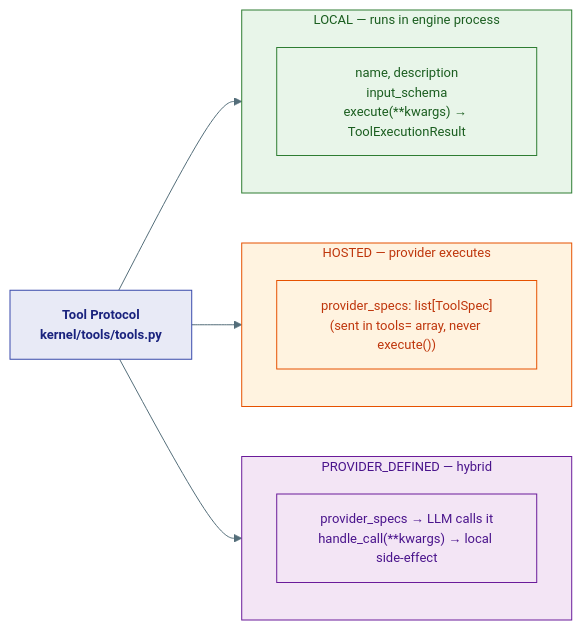
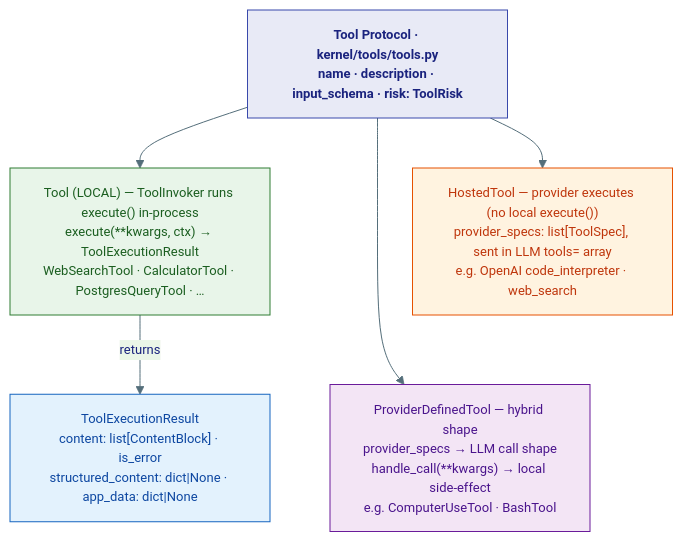
One commit to Ravikumarchavva/agent-substrate changed the first of 2 diagrams in agents/agent-substrate/docs/capabilities/01-tools.md. Above: the diagram before and after it, drawn with Mermaid. The commit also changed other lines of this file and 10 other files, not shown here.

First line of the commit message:
Refactor documentation diagrams and enhance Mermaid integration

````diff
--- a/agents/agent-substrate/docs/capabilities/01-tools.md
+++ b/agents/agent-substrate/docs/capabilities/01-tools.md
@@ -7,29 +7,22 @@
 ```mermaid
 %%{init: {'theme': 'base', 'themeVariables': {'primaryColor': '#E8EAF6','primaryTextColor': '#1A237E','primaryBorderColor': '#3949AB','lineColor': '#546E7A','fontSize': '13px'}}}%%
-flowchart LR
+flowchart TB
     classDef base    fill:#E8EAF6,stroke:#3949AB,color:#1A237E,font-weight:bold
     classDef local   fill:#E8F5E9,stroke:#2E7D32,color:#1B5E20
     classDef hosted  fill:#FFF3E0,stroke:#E65100,color:#BF360C
     classDef provdef fill:#F3E5F5,stroke:#6A1B9A,color:#4A148C
+    classDef result  fill:#E3F2FD,stroke:#1565C0,color:#0D47A1
 
-    ROOT["Tool Protocol\nkernel/tools/tools.py"]:::base
+    ROOT["Tool Protocol · kernel/tools/tools.py<br/>name · description · input_schema · risk: ToolRisk"]:::base
 
-    subgraph LOCAL["LOCAL — runs in engine process"]
-        style LOCAL fill:#E8F5E9,stroke:#2E7D32,color:#1B5E20
-        T1["name, description\ninput_schema\nexecute(**kwargs) → ToolExecutionResult"]:::local
-    end
+    T1["Tool (LOCAL) — ToolInvoker runs execute() in-process<br/>execute(**kwargs, ctx) → ToolExecutionResult<br/>WebSearchTool · CalculatorTool · PostgresQueryTool · …"]:::local
+    RES["ToolExecutionResult<br/>content: list[ContentBlock] · is_error<br/>structured_content: dict|None · app_data: dict|None"]:::result
+    T2["HostedTool — provider executes (no local execute())<br/>provider_specs: list[ToolSpec], sent in LLM tools= array<br/>e.g. OpenAI code_interpreter · web_search"]:::hosted
+    T3["ProviderDefinedTool — hybrid shape<br/>provider_specs → LLM call shape<br/>handle_call(**kwargs) → local side-effect<br/>e.g. ComputerUseTool · BashTool"]:::provdef
 
-    subgraph HOSTED["HOSTED — provider executes"]
-        style HOSTED fill:#FFF3E0,stroke:#E65100,color:#BF360C
-        T2["provider_specs: list[ToolSpec]\n(sent in tools= array, never execute())"]:::hosted
-    end
-
-    subgraph PROVDEF["PROVIDER_DEFINED — hybrid"]
-        style PROVDEF fill:#F3E5F5,stroke:#6A1B9A,color:#4A148C
-        T3["provider_specs → LLM calls it\nhandle_call(**kwargs) → local side-effect"]:::provdef
-    end
-
-    ROOT --> LOCAL
-    ROOT --> HOSTED
-    ROOT --> PROVDEF
+    ROOT --> T1
+    ROOT --> T2
+    ROOT --> T3
+    T1 -->|"returns"| RES
+    T2 ~~~ T3
 ```
````
